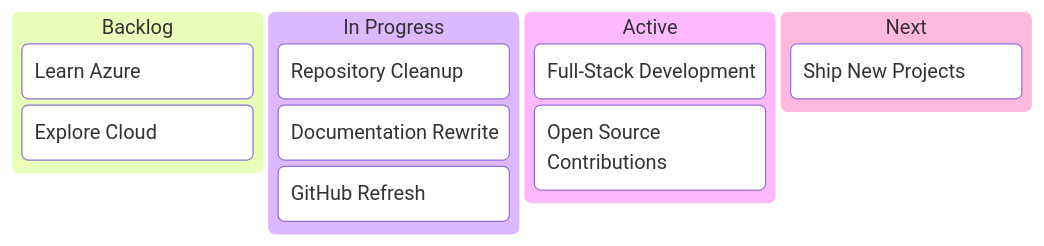
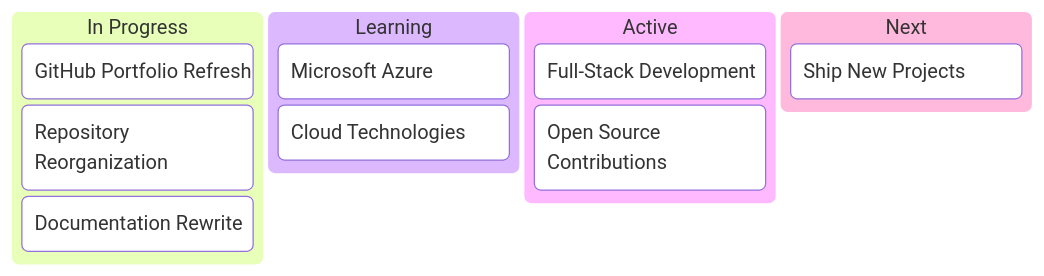
The third of 4 diagrams in README.md (udaycodespace/udaycodespace), drawn with Mermaid before and after one commit. The commit also changed other lines of this file, not shown here.

First line of the commit message:
docs(profile): redesign GitHub profile with terminal-style layout

````diff
--- a/README.md
+++ b/README.md
@@ -87,18 +100,18 @@
 ```mermaid
 kanban
-    Backlog
-        Learn Azure
-        Explore Cloud
+    In Progress
+        GitHub Portfolio Refresh
+        Repository Reorganization
+        Documentation Rewrite
 
-    In Progress
-        Repository Cleanup
-        Documentation Rewrite
-        GitHub Refresh
+    Learning
+        Microsoft Azure
+        Cloud Technologies
 
     Active
         Full-Stack Development
         Open Source Contributions
 
     Next
         Ship New Projects
 ```
````
